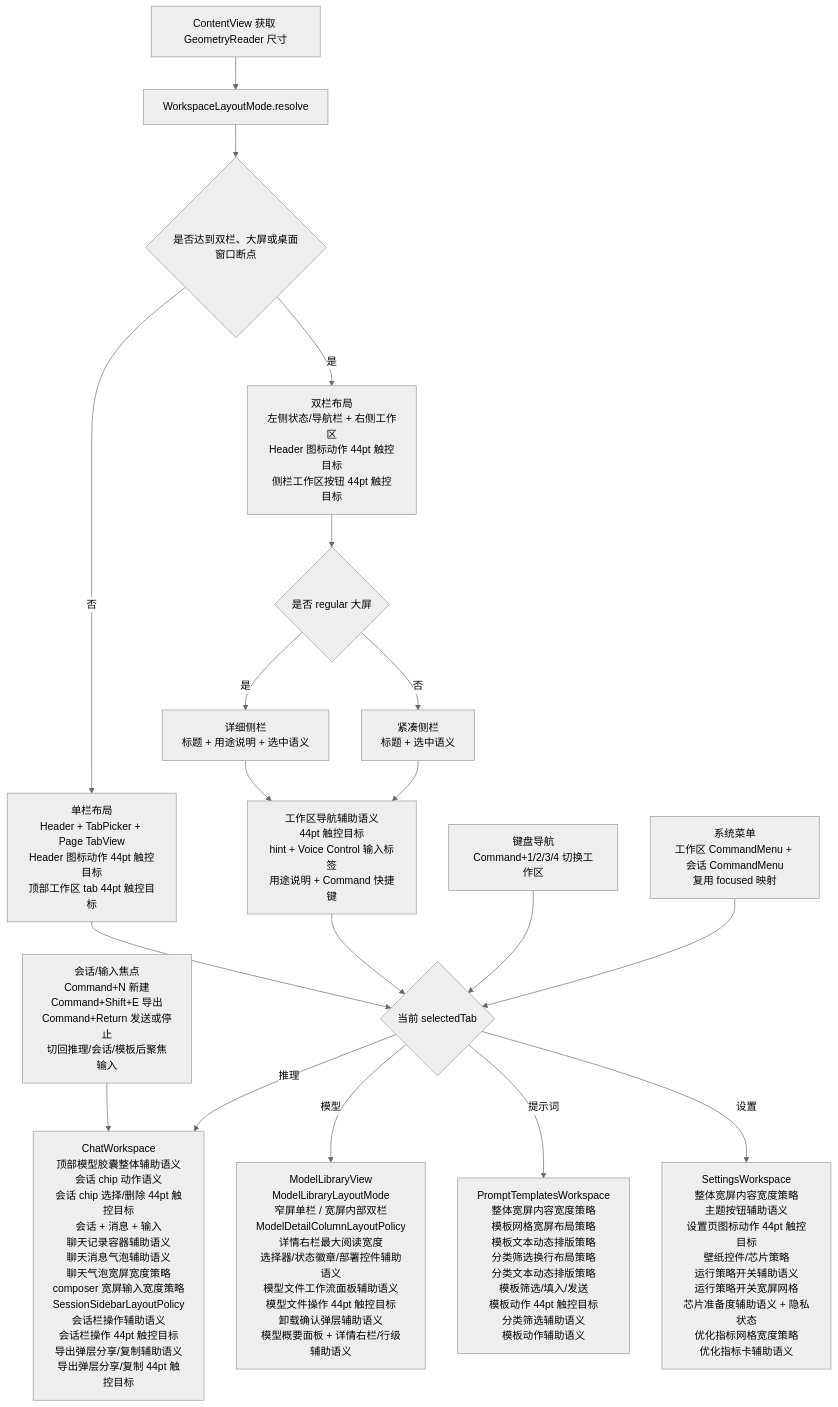
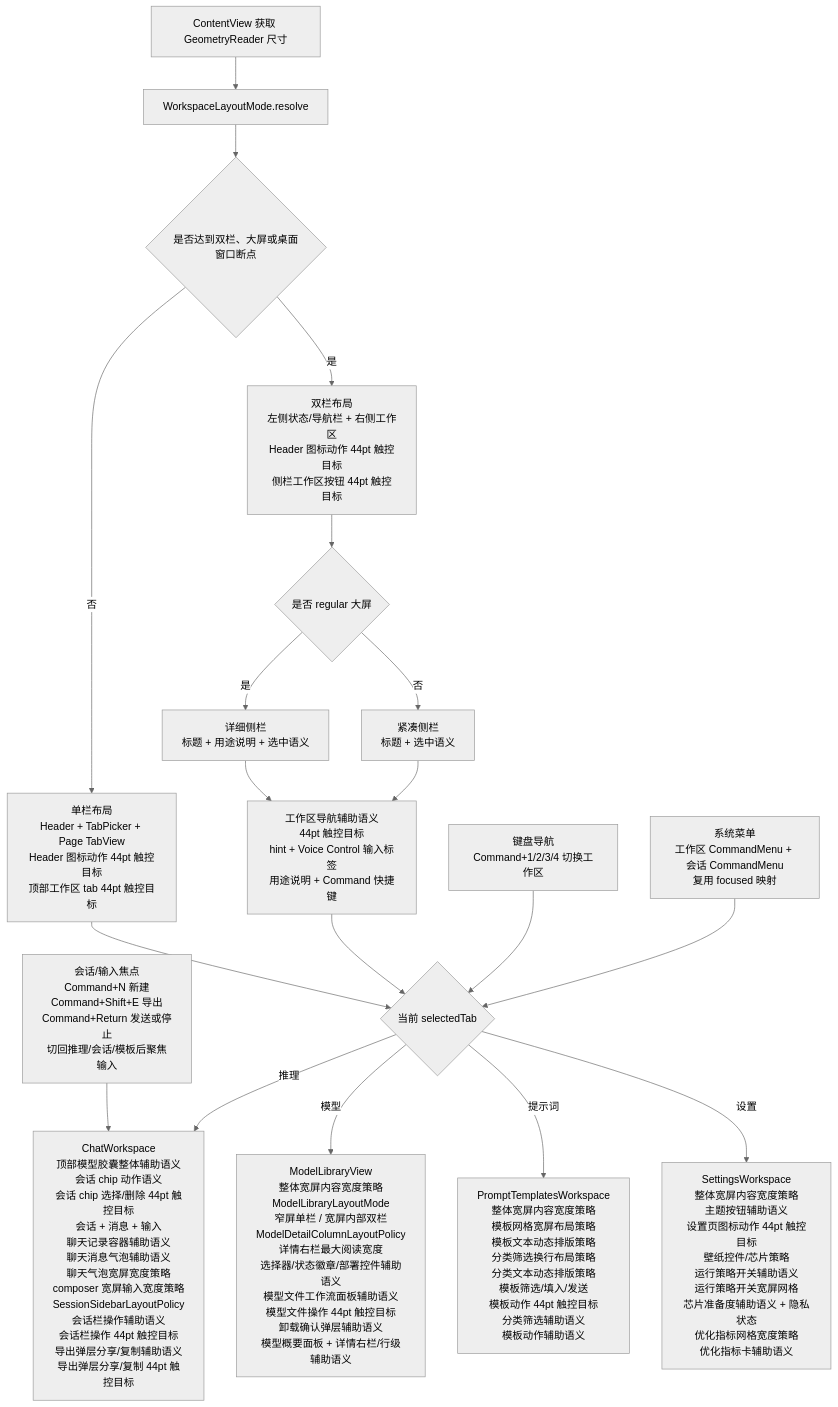
One commit to Altman-sam114/113 changed the fifth of 10 diagrams in md/flow/flowchart.md. Above: the diagram before and after it, drawn with Mermaid (neutral theme). The commit also changed other lines of this file and 8 other files, not shown here.

````diff
--- a/md/flow/flowchart.md
+++ b/md/flow/flowchart.md
@@ -84,21 +84,21 @@
 ```mermaid
 flowchart TD
     A[ContentView 获取 GeometryReader 尺寸] --> B[WorkspaceLayoutMode.resolve]
     B --> C{是否达到双栏、大屏或桌面窗口断点}
     C -- 否 --> D[单栏布局<br/>Header + TabPicker + Page TabView<br/>Header 图标动作 44pt 触控目标<br/>顶部工作区 tab 44pt 触控目标]
     C -- 是 --> E[双栏布局<br/>左侧状态/导航栏 + 右侧工作区<br/>Header 图标动作 44pt 触控目标<br/>侧栏工作区按钮 44pt 触控目标]
     E --> N{是否 regular 大屏}
     N -- 是 --> O[详细侧栏<br/>标题 + 用途说明 + 选中语义]
     N -- 否 --> P[紧凑侧栏<br/>标题 + 选中语义]
     D --> F{当前 selectedTab}
     O --> X[工作区导航辅助语义<br/>44pt 触控目标<br/>hint + Voice Control 输入标签<br/>用途说明 + Command 快捷键]
     P --> X
     X --> F
     K[键盘导航<br/>Command+1/2/3/4 切换工作区] --> F
     M[系统菜单<br/>工作区 CommandMenu + 会话 CommandMenu<br/>复用 focused 映射] --> F
     L[会话/输入焦点<br/>Command+N 新建<br/>Command+Shift+E 导出<br/>Command+Return 发送或停止<br/>切回推理/会话/模板后聚焦输入] --> G
     F -- 推理 --> G[ChatWorkspace<br/>顶部模型胶囊整体辅助语义<br/>会话 chip 动作语义<br/>会话 chip 选择/删除 44pt 触控目标<br/>会话 + 消息 + 输入<br/>聊天记录容器辅助语义<br/>聊天消息气泡辅助语义<br/>聊天气泡宽屏宽度策略<br/>composer 宽屏输入宽度策略<br/>SessionSidebarLayoutPolicy<br/>会话栏操作辅助语义<br/>会话栏操作 44pt 触控目标<br/>导出弹层分享/复制辅助语义<br/>导出弹层分享/复制 44pt 触控目标]
-    F -- 模型 --> H[ModelLibraryView<br/>ModelLibraryLayoutMode<br/>窄屏单栏 / 宽屏内部双栏<br/>ModelDetailColumnLayoutPolicy<br/>详情右栏最大阅读宽度<br/>选择器/状态徽章/部署控件辅助语义<br/>模型文件工作流面板辅助语义<br/>模型文件操作 44pt 触控目标<br/>卸载确认弹层辅助语义<br/>模型概要面板 + 详情右栏/行级辅助语义]
+    F -- 模型 --> H[ModelLibraryView<br/>整体宽屏内容宽度策略<br/>ModelLibraryLayoutMode<br/>窄屏单栏 / 宽屏内部双栏<br/>ModelDetailColumnLayoutPolicy<br/>详情右栏最大阅读宽度<br/>选择器/状态徽章/部署控件辅助语义<br/>模型文件工作流面板辅助语义<br/>模型文件操作 44pt 触控目标<br/>卸载确认弹层辅助语义<br/>模型概要面板 + 详情右栏/行级辅助语义]
     F -- 提示词 --> I[PromptTemplatesWorkspace<br/>整体宽屏内容宽度策略<br/>模板网格宽屏布局策略<br/>模板文本动态排版策略<br/>分类筛选换行布局策略<br/>分类文本动态排版策略<br/>模板筛选/填入/发送<br/>模板动作 44pt 触控目标<br/>分类筛选辅助语义<br/>模板动作辅助语义]
     F -- 设置 --> J[SettingsWorkspace<br/>整体宽屏内容宽度策略<br/>主题按钮辅助语义<br/>设置页图标动作 44pt 触控目标<br/>壁纸控件/芯片策略<br/>运行策略开关辅助语义<br/>运行策略开关宽屏网格<br/>芯片准备度辅助语义 + 隐私状态<br/>优化指标网格宽度策略<br/>优化指标卡辅助语义]
 ```
````
